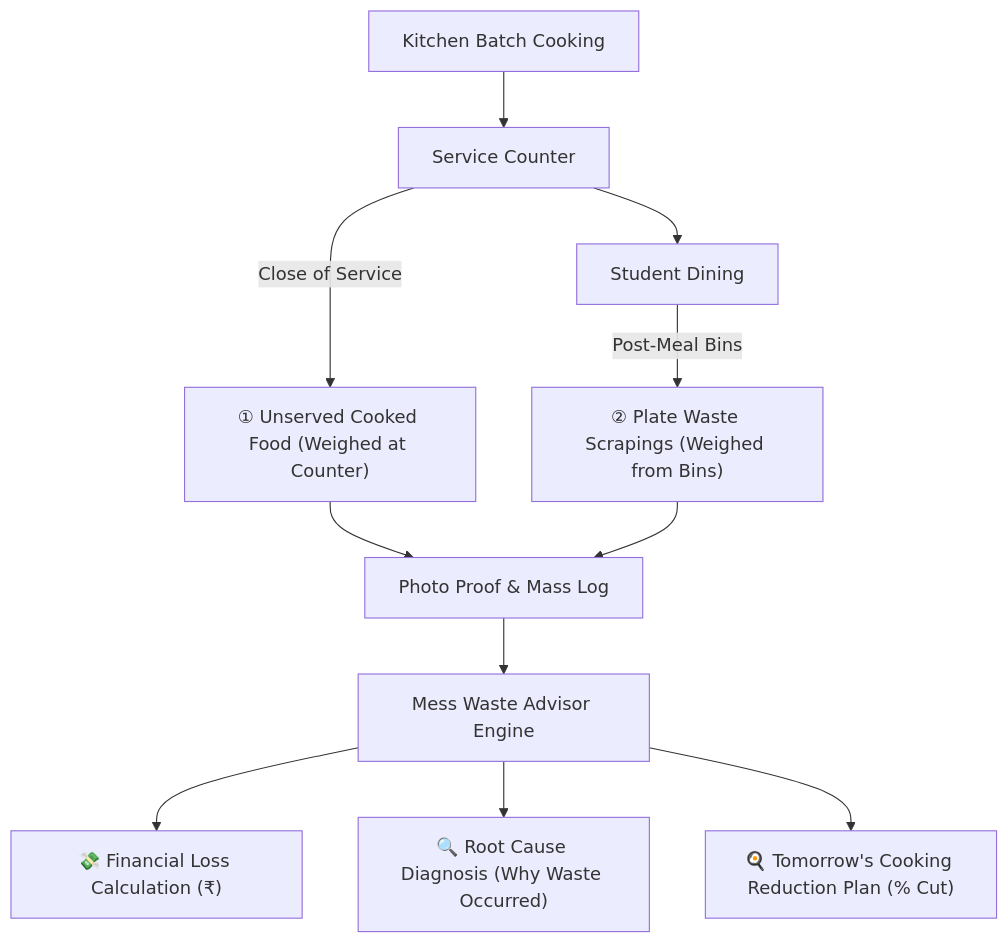
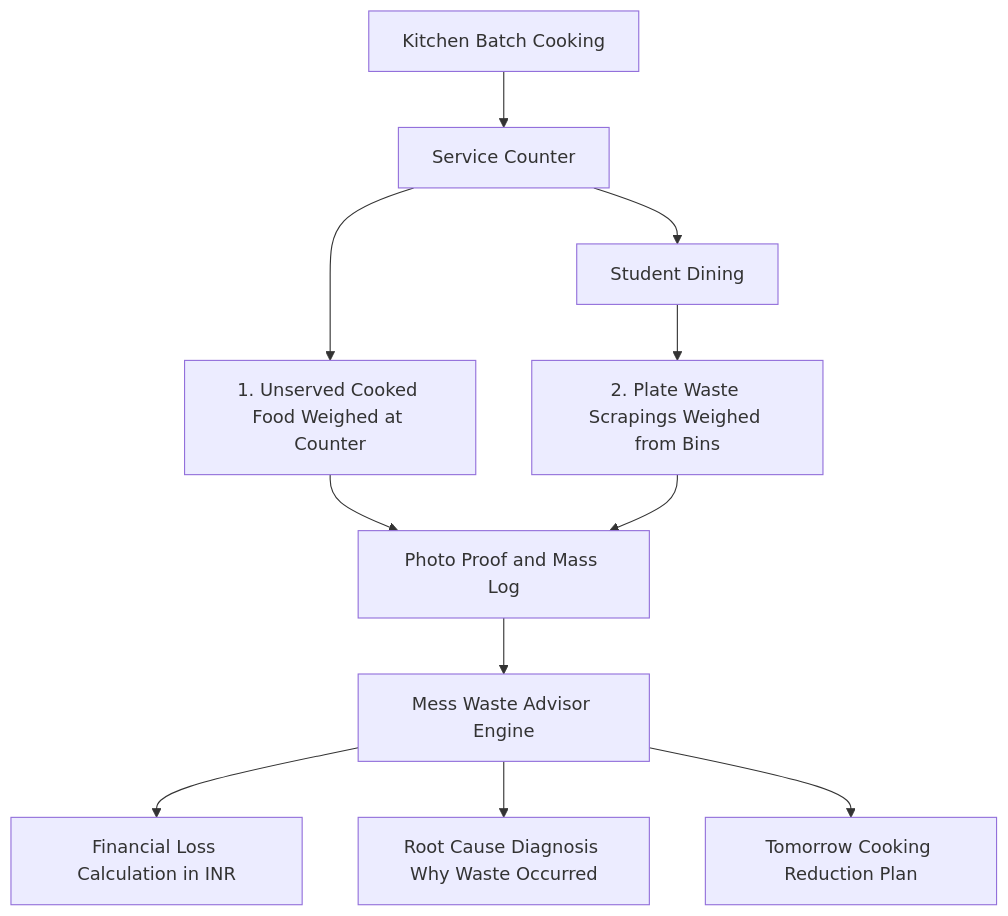
Before and after one commit to g-madhav/Waste-Management: the diagram in README.md, drawn with Mermaid. The commit also changed other lines of this file and 3 other files, not shown here.

````diff
--- a/README.md
+++ b/README.md
@@ -29,13 +21,13 @@
 ```mermaid
 flowchart TD
     A[Kitchen Batch Cooking] --> B[Service Counter]
-    B -->|Close of Service| C["① Unserved Cooked Food (Weighed at Counter)"]
+    B --> C[1. Unserved Cooked Food Weighed at Counter]
     B --> D[Student Dining]
-    D -->|Post-Meal Bins| E["② Plate Waste Scrapings (Weighed from Bins)"]
-    C --> F[Photo Proof & Mass Log]
-    E --> F[Photo Proof & Mass Log]
+    D --> E[2. Plate Waste Scrapings Weighed from Bins]
+    C --> F[Photo Proof and Mass Log]
+    E --> F[Photo Proof and Mass Log]
     F --> G[Mess Waste Advisor Engine]
-    G --> H["💸 Financial Loss Calculation (₹)"]
-    G --> I["🔍 Root Cause Diagnosis (Why Waste Occurred)"]
-    G --> J["🍳 Tomorrow's Cooking Reduction Plan (% Cut)"]
+    G --> H[Financial Loss Calculation in INR]
+    G --> I[Root Cause Diagnosis Why Waste Occurred]
+    G --> J[Tomorrow Cooking Reduction Plan]
 ```
````
